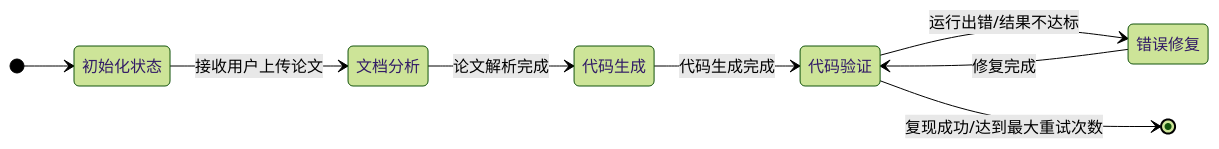
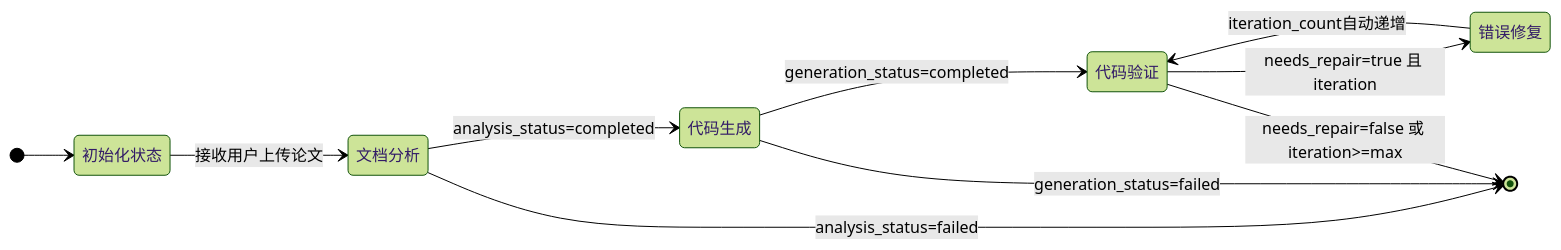
One commit to hongshixian/MultiAgentPaperCoder changed the second of 4 diagrams in 项目设计Document毕业论文参考.md. Above: the diagram before and after it, drawn with Mermaid (forest theme). The commit also changed other lines of this file and 6 other files, not shown here.

First line of the commit message:
docs: update documentation to reflect hybrid architecture implementation

````diff
--- a/项目设计Document毕业论文参考.md
+++ b/项目设计Document毕业论文参考.md
@@ -175,11 +184,13 @@
 ```mermaid
 stateDiagram-v2
     direction LR
     [*] --> 初始化状态
     初始化状态 --> 文档分析: 接收用户上传论文
-    文档分析 --> 代码生成: 论文解析完成
-    代码生成 --> 代码验证: 代码生成完成
-    代码验证 --> 错误修复: 运行出错/结果不达标
-    错误修复 --> 代码验证: 修复完成
-    代码验证 --> [*]: 复现成功/达到最大重试次数
+    文档分析 --> 代码生成: analysis_status=completed
+    文档分析 --> [*]: analysis_status=failed
+    代码生成 --> 代码验证: generation_status=completed
+    代码生成 --> [*]: generation_status=failed
+    代码验证 --> 错误修复: needs_repair=true 且 iteration<max
+    代码验证 --> [*]: needs_repair=false 或 iteration>=max
+    错误修复 --> 代码验证: iteration_count自动递增
 ```
````
